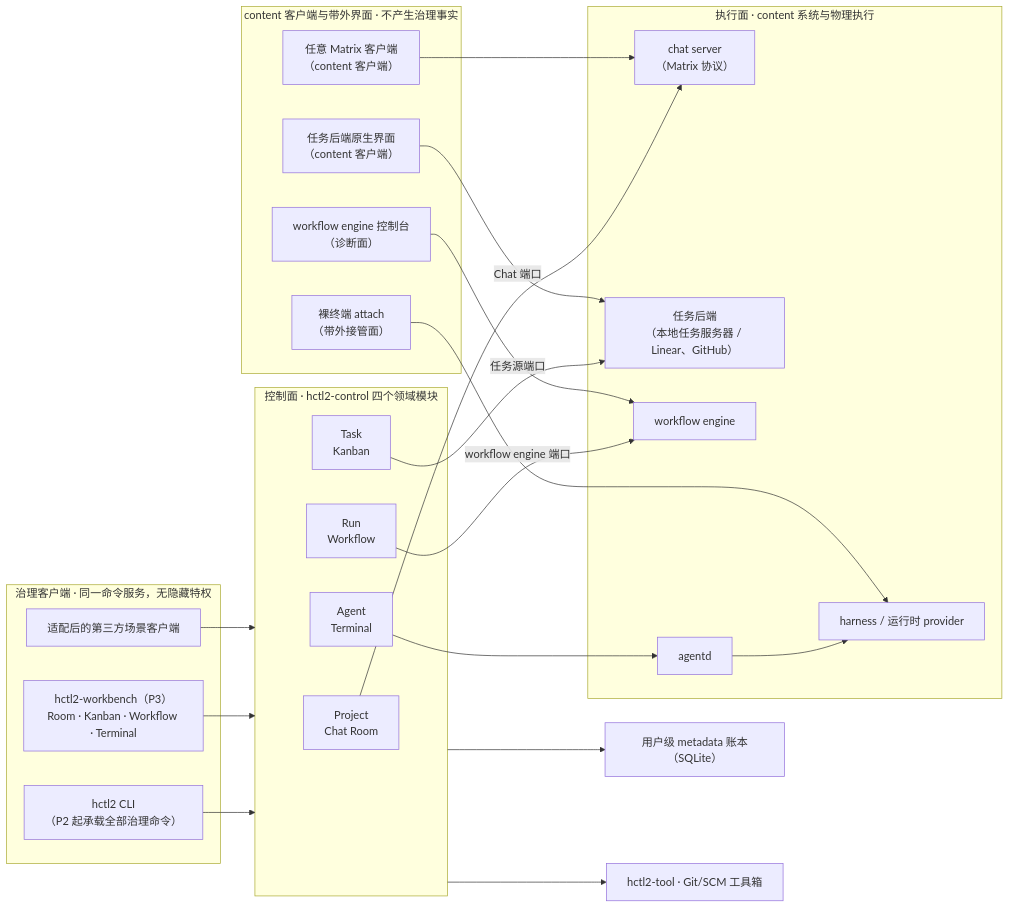
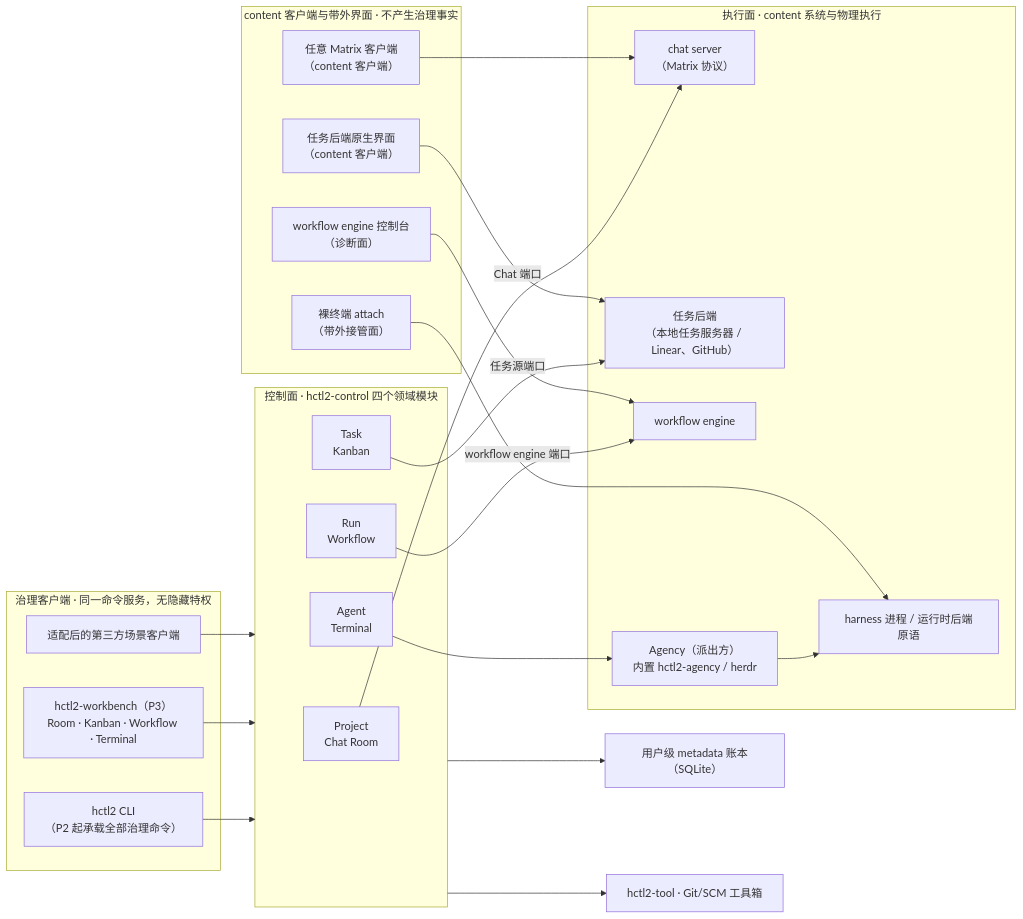
One commit to yesme/hctl2 changed the second of 2 diagrams in README.md. Above: the diagram before and after it, drawn with Mermaid. The commit also changed other lines of this file and 20 other files, not shown here.

First line of the commit message:
docs: Agency 定名与 agentd 退场（draft v0.14.0）

````diff
--- a/README.md
+++ b/README.md
@@ -102,45 +102,45 @@
 ```mermaid
 flowchart LR
     subgraph Gov["治理客户端 · 同一命令服务，无隐藏特权"]
         CLI["hctl2 CLI\n（P2 起承载全部治理命令）"]
         Bench["hctl2-workbench（P3）\nRoom · Kanban · Workflow · Terminal"]
         Third["适配后的第三方场景客户端"]
     end
 
     subgraph Control["控制面 · hctl2-control 四个领域模块"]
         P["Project\nChat Room"]
         T["Task\nKanban"]
         R["Run\nWorkflow"]
         H["Agent\nTerminal"]
     end
 
     subgraph Exec["执行面 · content 系统与物理执行"]
         chat_srv["chat server\n（Matrix 协议）"]
         task_backend["任务后端\n（本地任务服务器 / Linear、GitHub）"]
         engine["workflow engine"]
-        agentd["agentd"]
-        runtime["harness / 运行时 provider"]
+        agency["Agency（派出方）\n内置 hctl2-agency / herdr"]
+        runtime["harness 进程 / 运行时后端原语"]
     end
 
     subgraph ContentClients["content 客户端与带外界面 · 不产生治理事实"]
         matrix_client["任意 Matrix 客户端\n（content 客户端）"]
         task_ui["任务后端原生界面\n（content 客户端）"]
         engine_console["workflow engine 控制台\n（诊断面）"]
         term_attach["裸终端 attach\n（带外接管面）"]
     end
 
     CLI --> Control
     Bench --> Control
     Third --> Control
     P -->|Chat 端口| chat_srv
     T -->|任务源端口| task_backend
     R -->|workflow engine 端口| engine
-    H --> agentd
-    agentd --> runtime
+    H --> agency
+    agency --> runtime
     matrix_client --> chat_srv
     task_ui --> task_backend
     engine_console --> engine
     term_attach --> runtime
     Control --> DB["用户级 metadata 账本（SQLite）"]
     Control --> Tool["hctl2-tool · Git/SCM 工具箱"]
 ```
````
